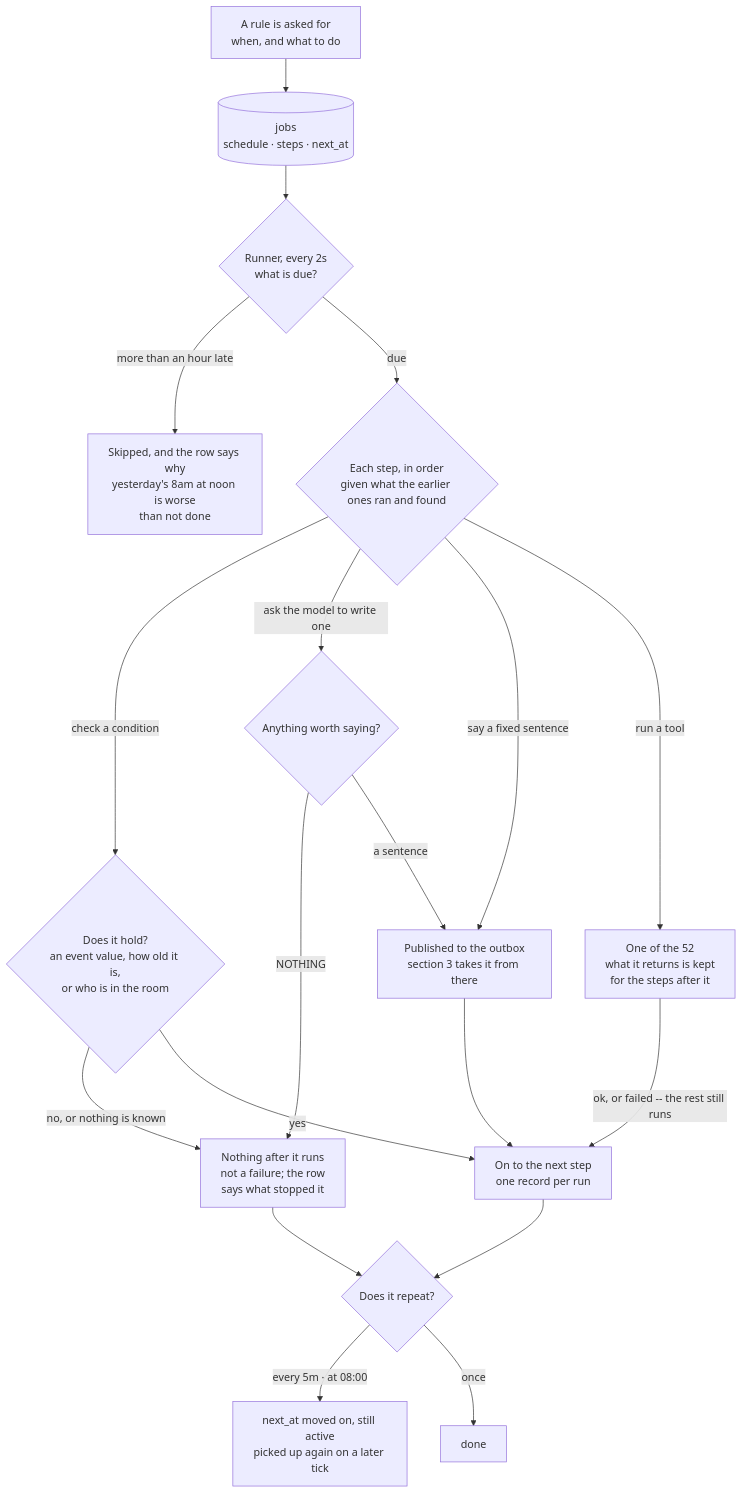
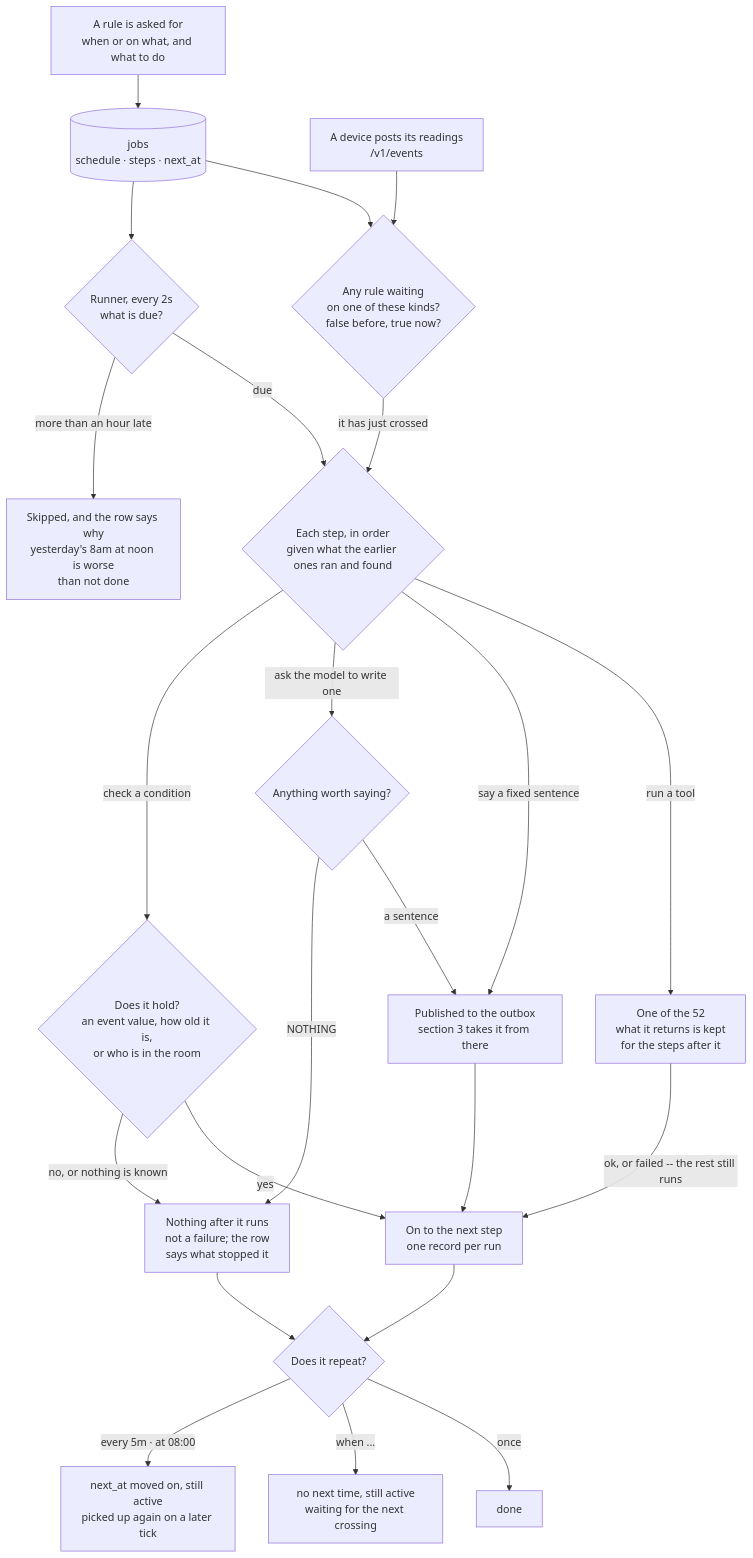
The fifth of 5 diagrams in FEATURES.md (DhanushRamesh/personal-assistant), drawn with Mermaid before and after one commit. The commit also changed other lines of this file and 9 other files, not shown here.

````diff
--- a/FEATURES.md
+++ b/FEATURES.md
@@ -245,27 +245,33 @@
 ```mermaid
 flowchart TB
-    ASK["A rule is asked for<br/>when, and what to do"] --> ROW[("jobs<br/>schedule · steps · next_at")]
+    ASK["A rule is asked for<br/>when or on what, and what to do"] --> ROW[("jobs<br/>schedule · steps · next_at")]
+
     ROW --> TICK{"Runner, every 2s<br/>what is due?"}
     TICK -- "more than an hour late" --> SKIP["Skipped, and the row says why<br/>yesterday's 8am at noon is worse<br/>than not done"]
     TICK -- "due" --> WHAT
+
+    READ["A device posts its readings<br/>/v1/events"] --> CROSS{"Any rule waiting<br/>on one of these kinds?<br/>false before, true now?"}
+    ROW --> CROSS
+    CROSS -- "it has just crossed" --> WHAT
 
     WHAT{"Each step, in order<br/>given what the earlier ones ran and found"}
     WHAT -- "check a condition" --> GATE{"Does it hold?<br/>an event value, how old it is,<br/>or who is in the room"}
     WHAT -- "ask the model to write one" --> MODEL{"Anything worth saying?"}
     WHAT -- "say a fixed sentence" --> OUT["Published to the outbox<br/>section 3 takes it from there"]
     WHAT -- "run a tool" --> TOOL["One of the 52<br/>what it returns is kept<br/>for the steps after it"]
 
     GATE -- "no, or nothing is known" --> STOP["Nothing after it runs<br/>not a failure; the row<br/>says what stopped it"]
     MODEL -- "NOTHING" --> STOP
     MODEL -- "a sentence" --> OUT
     GATE -- "yes" --> ON
     OUT --> ON
     TOOL -- "ok, or failed -- the rest still runs" --> ON
 
     ON["On to the next step<br/>one record per run"] --> END
     STOP --> END
 
     END{"Does it repeat?"}
     END -- "every 5m · at 08:00" --> AGAIN["next_at moved on, still active<br/>picked up again on a later tick"]
+    END -- "when ..." --> WAITS["no next time, still active<br/>waiting for the next crossing"]
     END -- "once" --> DONE["done"]
 ```
````
